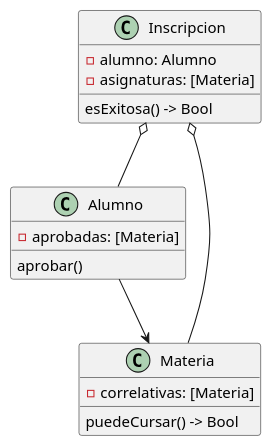
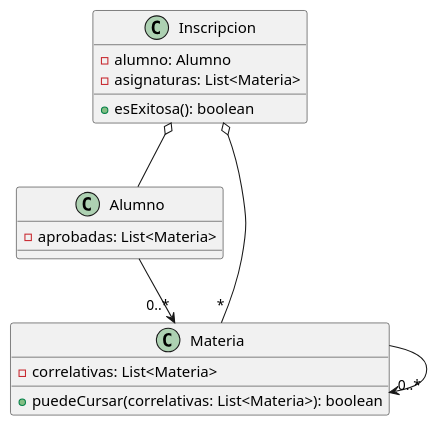
One commit to nahuelterrazas/dds-utn-tpi-correlatividades changed the diagram in diagrama-de-clases.puml. Above: the diagram before and after it, drawn with PlantUML. The commit also changed 6 other files, not shown here.

```diff
--- a/diagrama-de-clases.puml
+++ b/diagrama-de-clases.puml
@@ -1,23 +1,23 @@
 @startuml
 
-Alumno --> Materia
-Inscripcion o-- Materia
+Alumno --> "0..*"Materia
+Inscripcion o--"*" Materia
 Inscripcion o-- Alumno
+Materia --> "0..*"Materia
 
 class Inscripcion {
 - alumno: Alumno
-- asignaturas: [Materia]
-esExitosa() -> Bool
+- asignaturas: List<Materia>
++ esExitosa(): boolean
 }
 
 class Materia {
-- correlativas: [Materia]
-puedeCursar() -> Bool
+- correlativas: List<Materia>
++ puedeCursar(correlativas: List<Materia>): boolean
 }
 
 class Alumno {
-- aprobadas: [Materia]
-aprobar()
+- aprobadas: List<Materia>
 }
 
 @enduml
```
